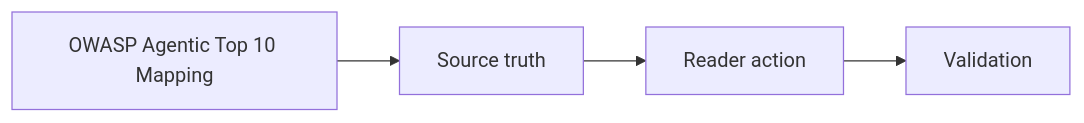
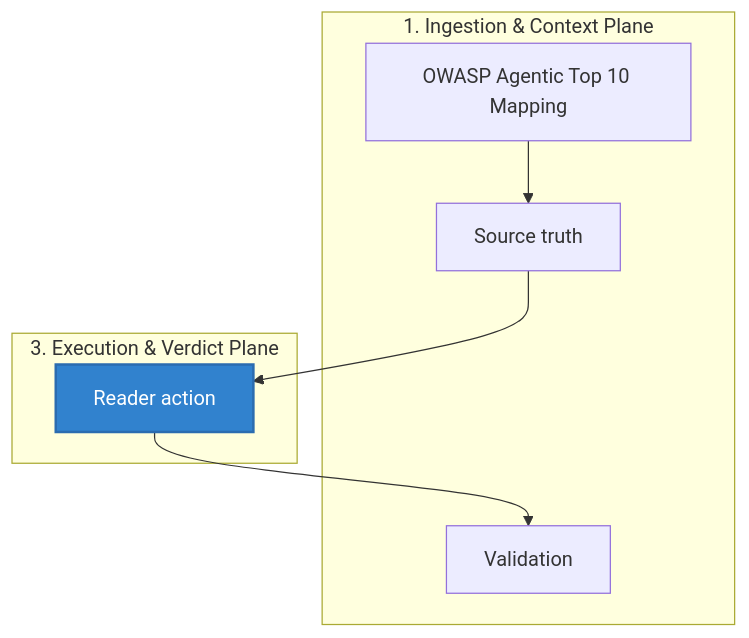
The diagram in docs/security/owasp-agentic-top10-coverage.md (Mindburn-Labs/helm-ai-kernel), drawn with Mermaid before and after one commit. The commit also changed other lines of this file and 330 other files, not shown here.

````diff
--- a/docs/security/owasp-agentic-top10-coverage.md
+++ b/docs/security/owasp-agentic-top10-coverage.md
@@ -37,10 +37,20 @@
 ```mermaid
-flowchart LR
-  Page["OWASP Agentic Top 10 Mapping"]
-  A["Source truth"]
-  B["Reader action"]
-  C["Validation"]
-  Page --> A
-  A --> B
-  B --> C
+flowchart TD
+    subgraph Ingestion["1. Ingestion & Context Plane"]
+        Page["OWASP Agentic Top 10 Mapping"]
+        A["Source truth"]
+        C["Validation"]
+    end
+
+    subgraph Execution["3. Execution & Verdict Plane"]
+        B["Reader action"]
+    end
+
+    %% Operational Flow Edges
+    Page --> A
+    A --> B
+    B --> C
+
+    %% Premium Styling Rules
+    style B fill:#3182ce,stroke:#2b6cb0,stroke-width:2px,color:#fff
 ```
````
